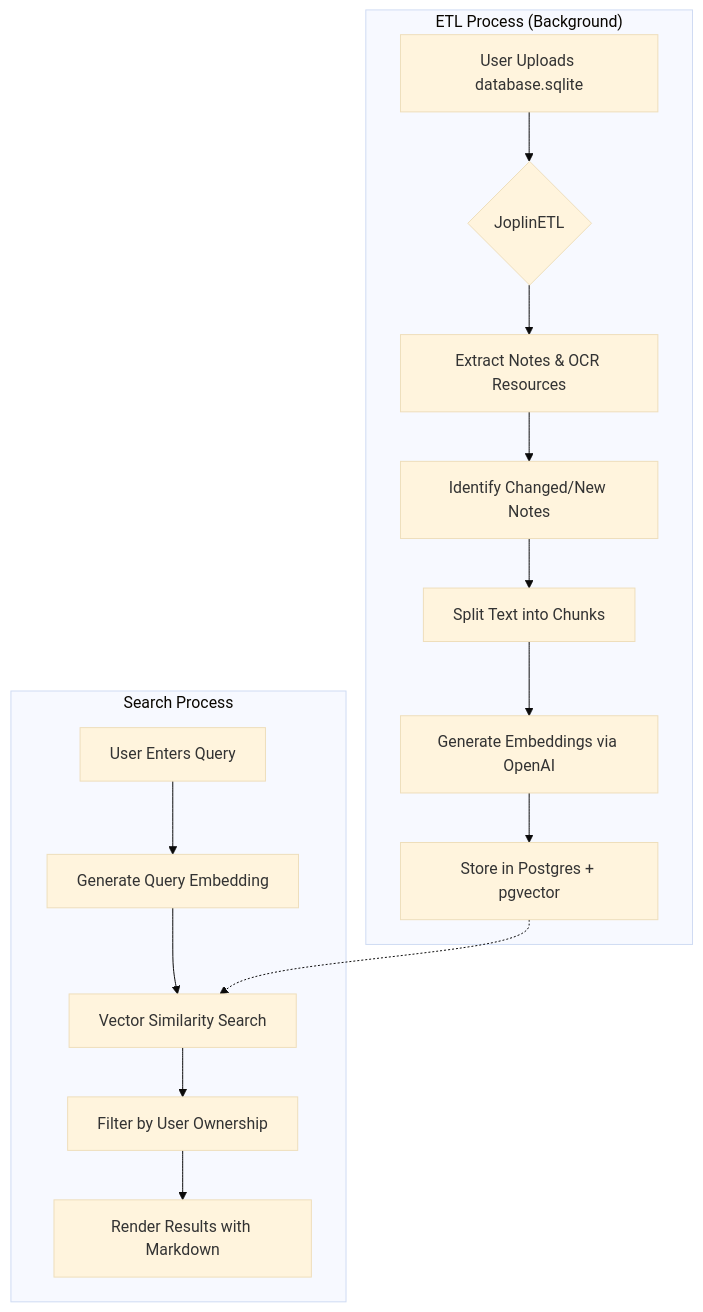
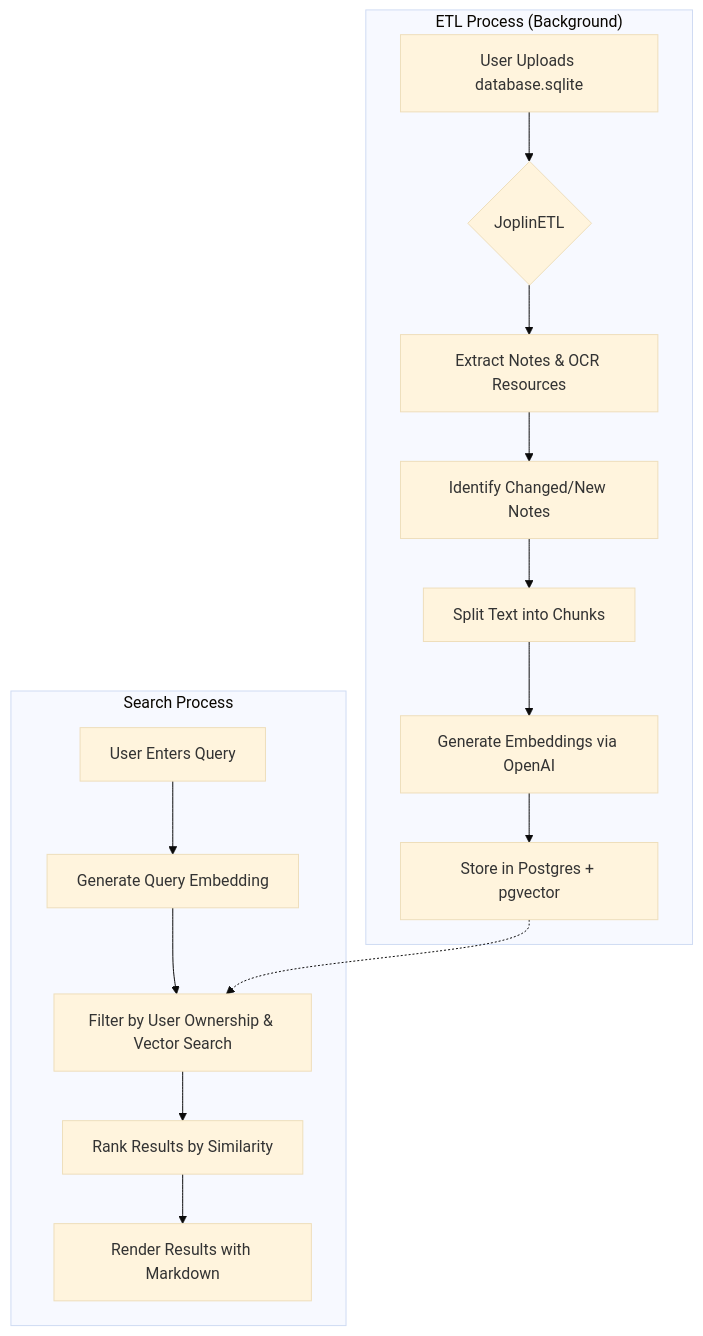
One commit to ben-kenney/joplin-rag changed the diagram in README.md. Above: the diagram before and after it, drawn with Mermaid (base theme).

Commit message:
readme fix

````diff
--- a/README.md
+++ b/README.md
@@ -28,20 +28,20 @@
 ```mermaid
 graph TD
     subgraph "ETL Process (Background)"
         A[User Uploads database.sqlite] --> B{JoplinETL}
         B --> C[Extract Notes & OCR Resources]
         C --> D[Identify Changed/New Notes]
         D --> E[Split Text into Chunks]
         E --> F[Generate Embeddings via OpenAI]
         F --> G[Store in Postgres + pgvector]
     end
 
     subgraph "Search Process"
         H[User Enters Query] --> I[Generate Query Embedding]
-        I --> J[Vector Similarity Search]
-        J --> K[Filter by User Ownership]
+        I --> J[Filter by User Ownership & Vector Search]
+        J --> K[Rank Results by Similarity]
         K --> L[Render Results with Markdown]
     end
 
     G -.-> J
 ```
````
